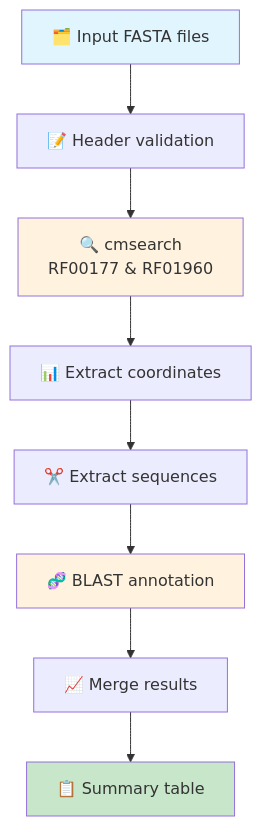
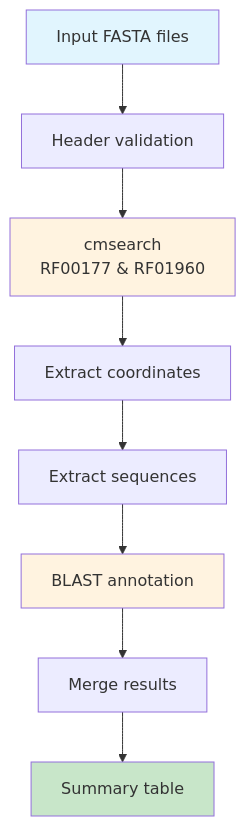
One commit to NeLLi-team/ssuextract changed the diagram in README.md. Above: the diagram before and after it, drawn with Mermaid. The commit also changed other lines of this file, not shown here.

````diff
--- a/README.md
+++ b/README.md
@@ -50,15 +134,15 @@
 ```mermaid
 graph TD
-    A[🗂️ Input FASTA files] --> B[📝 Header validation]
-    B --> C[🔍 cmsearch<br/>RF00177 & RF01960]
-    C --> D[📊 Extract coordinates]
-    D --> E[✂️ Extract sequences]
-    E --> F[🧬 BLAST annotation]
-    F --> G[📈 Merge results]
-    G --> H[📋 Summary table]
-    
+    A[Input FASTA files] --> B[Header validation]
+    B --> C[cmsearch<br/>RF00177 & RF01960]
+    C --> D[Extract coordinates]
+    D --> E[Extract sequences]
+    E --> F[BLAST annotation]
+    F --> G[Merge results]
+    G --> H[Summary table]
+
     style A fill:#e1f5fe
     style H fill:#c8e6c9
     style C fill:#fff3e0
     style F fill:#fff3e0
 ```
````
